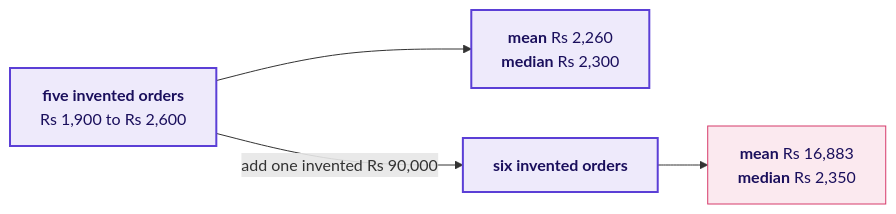
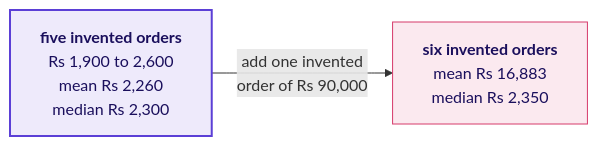
Diagram 25 of 29 in content/W01/D1/slides/C2_W01_D01_half1_STUDENT.md (fde-academy-lab/c2-content-factory), drawn with Mermaid before and after one commit. The commit also changed other lines of this file and 32 other files, not shown here.

````diff
--- a/content/W01/D1/slides/C2_W01_D01_half1_STUDENT.md
+++ b/content/W01/D1/slides/C2_W01_D01_half1_STUDENT.md
@@ -1542,10 +1574,8 @@
 ```mermaid
 flowchart LR
-    F["<b>five invented orders</b><br/>Rs 1,900 to Rs 2,600"] --> A1["<b>mean</b> Rs 2,260<br/><b>median</b> Rs 2,300"]
-    F -->|"add one invented Rs 90,000"| S["<b>six invented orders</b>"]
-    S --> A2["<b>mean</b> Rs 16,883<br/><b>median</b> Rs 2,350"]
+    F["<b>five invented orders</b><br/>Rs 1,900 to 2,600<br/>mean Rs 2,260<br/>median Rs 2,300"] -->|"add one invented<br/>order of Rs 90,000"| S["<b>six invented orders</b><br/>mean Rs 16,883<br/>median Rs 2,350"]
     classDef known fill:#EEEAFB,stroke:#5B3FD6,color:#1A0F5C,stroke-width:2px
     classDef bad fill:#FBE9EF,stroke:#D63A6A,color:#1A0F5C
-    class F,A1,S known
-    class A2 bad
+    class F known
+    class S bad
 ```
````
